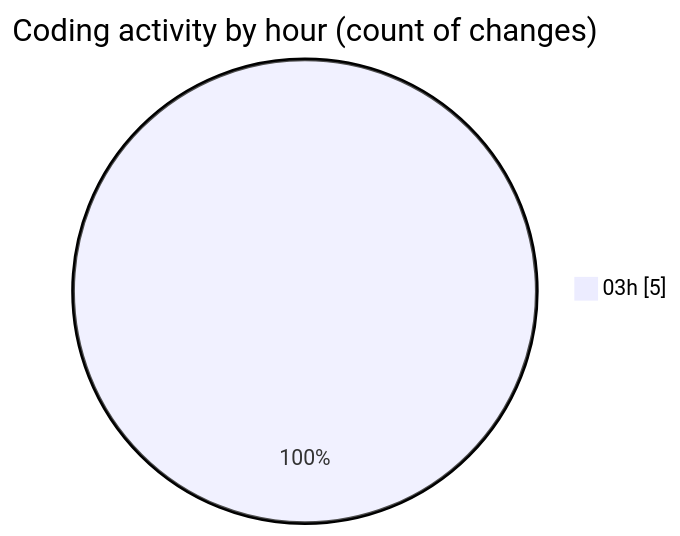
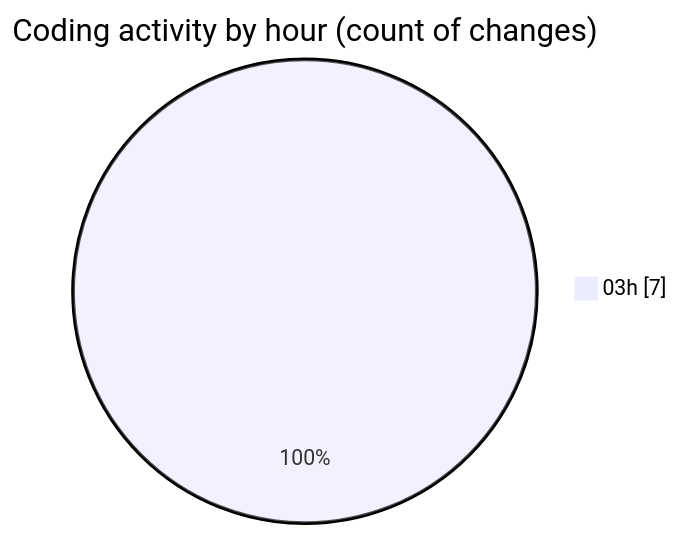
One commit to 3Nya3/code-tracking changed the second of 2 diagrams in 2025-01-03/mods/README.md. Above: the diagram before and after it, drawn with Mermaid. The commit also changed other lines of this file and 1 other file, not shown here.

````diff
--- a/2025-01-03/mods/README.md
+++ b/2025-01-03/mods/README.md
@@ -28,5 +28,5 @@
 ```mermaid
 pie showData
 title Coding activity by hour (count of changes)
-"03h" : 5
+"03h" : 7
 ```
````
